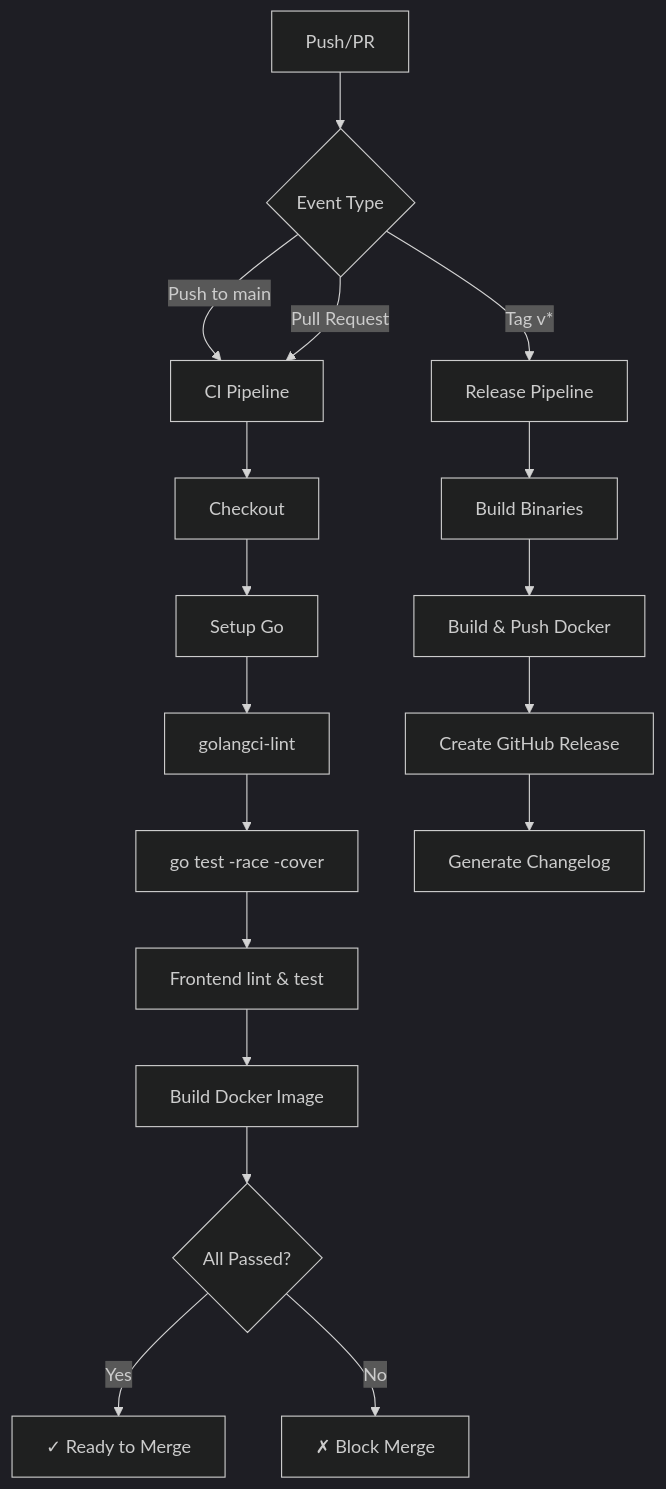
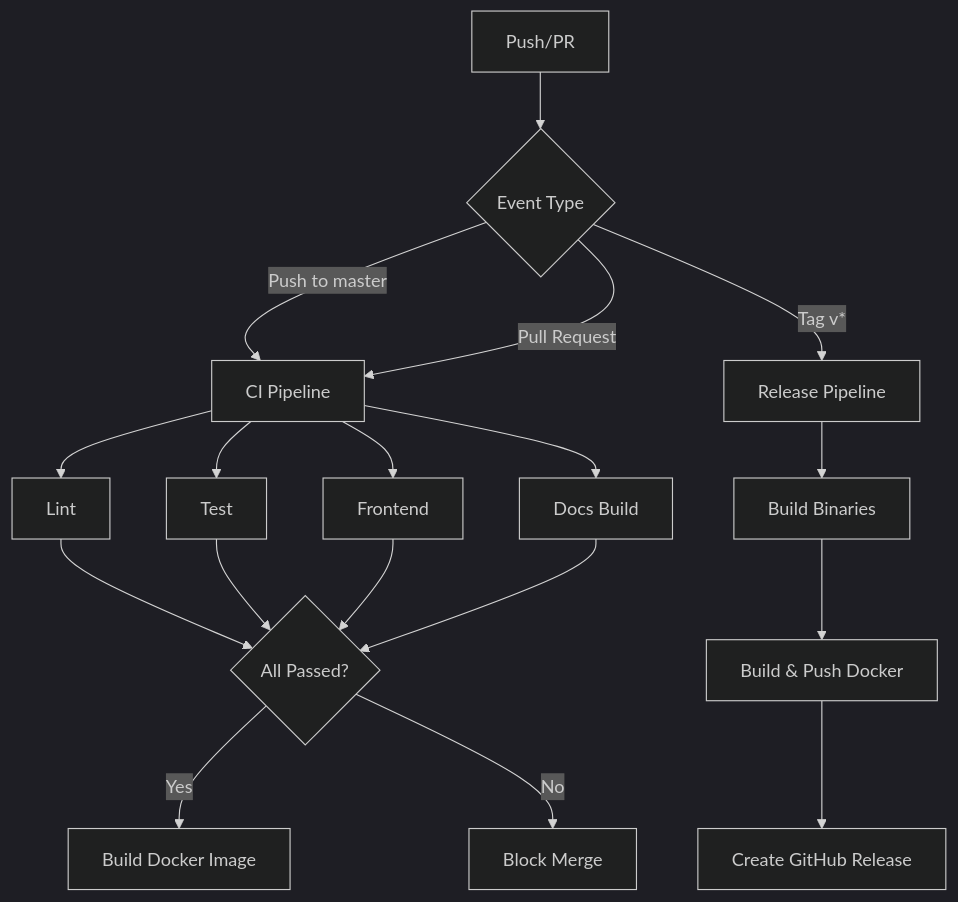
The diagram in .kiro/specs/open-source-excellence/design.md (build-workbench/chatroom), drawn with Mermaid (dark theme) before and after one commit. The commit also changed other lines of this file and 12 other files, not shown here.

````diff
--- a/.kiro/specs/open-source-excellence/design.md
+++ b/.kiro/specs/open-source-excellence/design.md
@@ -63,22 +79,24 @@
 ```mermaid
 flowchart TD
     A[Push/PR] --> B{Event Type}
-    B -->|Push to main| C[CI Pipeline]
+    B -->|Push to master| C[CI Pipeline]
     B -->|Pull Request| C
     B -->|Tag v*| D[Release Pipeline]
     
-    C --> E[Checkout]
-    E --> F[Setup Go]
-    F --> G[golangci-lint]
-    G --> H[go test -race -cover]
-    H --> I[Frontend lint & test]
-    I --> J[Build Docker Image]
-    J --> K{All Passed?}
-    K -->|Yes| L[✓ Ready to Merge]
-    K -->|No| M[✗ Block Merge]
+    C --> E[Lint]
+    C --> F[Test]
+    C --> G[Frontend]
+    C --> H[Docs Build]
     
-    D --> N[Build Binaries]
-    N --> O[Build & Push Docker]
-    O --> P[Create GitHub Release]
-    P --> Q[Generate Changelog]
+    E --> I{All Passed?}
+    F --> I
+    G --> I
+    H --> I
+    
+    I -->|Yes| J[Build Docker Image]
+    I -->|No| K[Block Merge]
+    
+    D --> L[Build Binaries]
+    L --> M[Build & Push Docker]
+    M --> N[Create GitHub Release]
 ```
````
